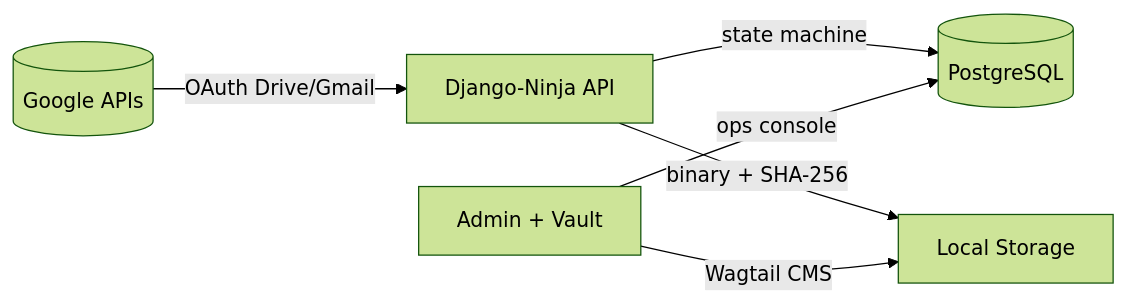
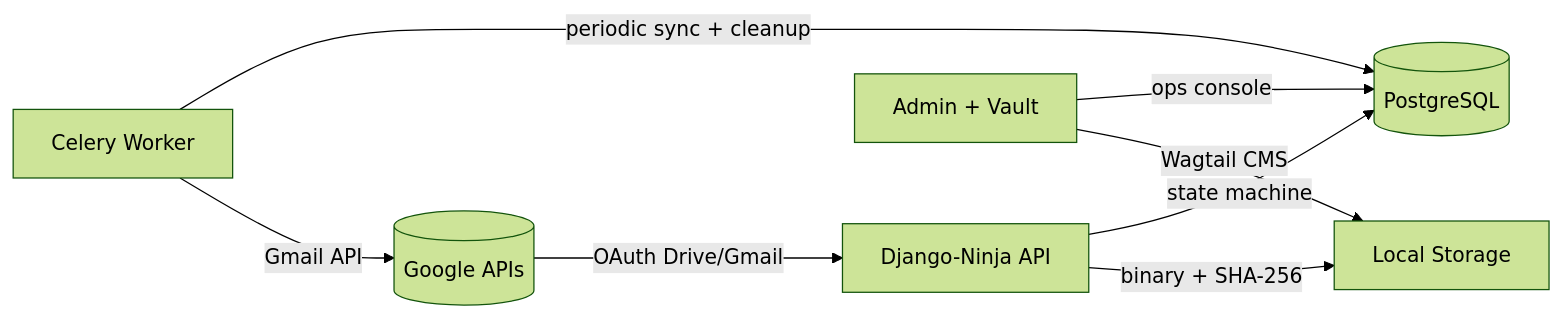
The first of 4 diagrams in README.md (devadalberto/backdeezup), drawn with Mermaid (forest theme) before and after one commit. The commit also changed other lines of this file, not shown here.

First line of the commit message:
docs: full README rewrite — Celery, TLS, Sentry, EXIF strip, 6-container stack

````diff
--- a/README.md
+++ b/README.md
@@ -13,14 +13,17 @@
 ```mermaid
 flowchart LR
     G[(Google APIs)]
     API[Django-Ninja API]
     DB[(PostgreSQL)]
     FS[Local Storage]
     AD[Admin + Vault]
+    CW[Celery Worker]
 
     G -->|OAuth Drive/Gmail| API
     API -->|state machine| DB
     API -->|binary + SHA-256| FS
     AD -->|ops console| DB
     AD -->|Wagtail CMS| FS
+    CW -->|periodic sync + cleanup| DB
+    CW -->|Gmail API| G
 ```
````
